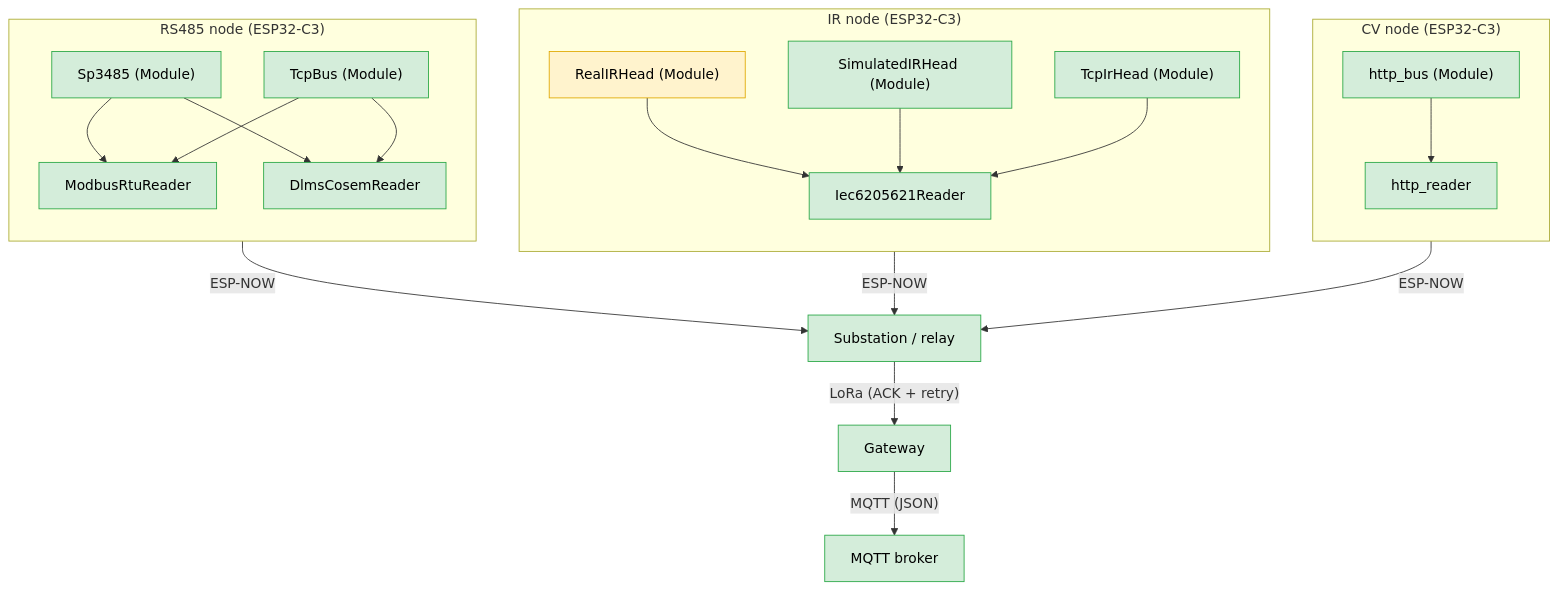
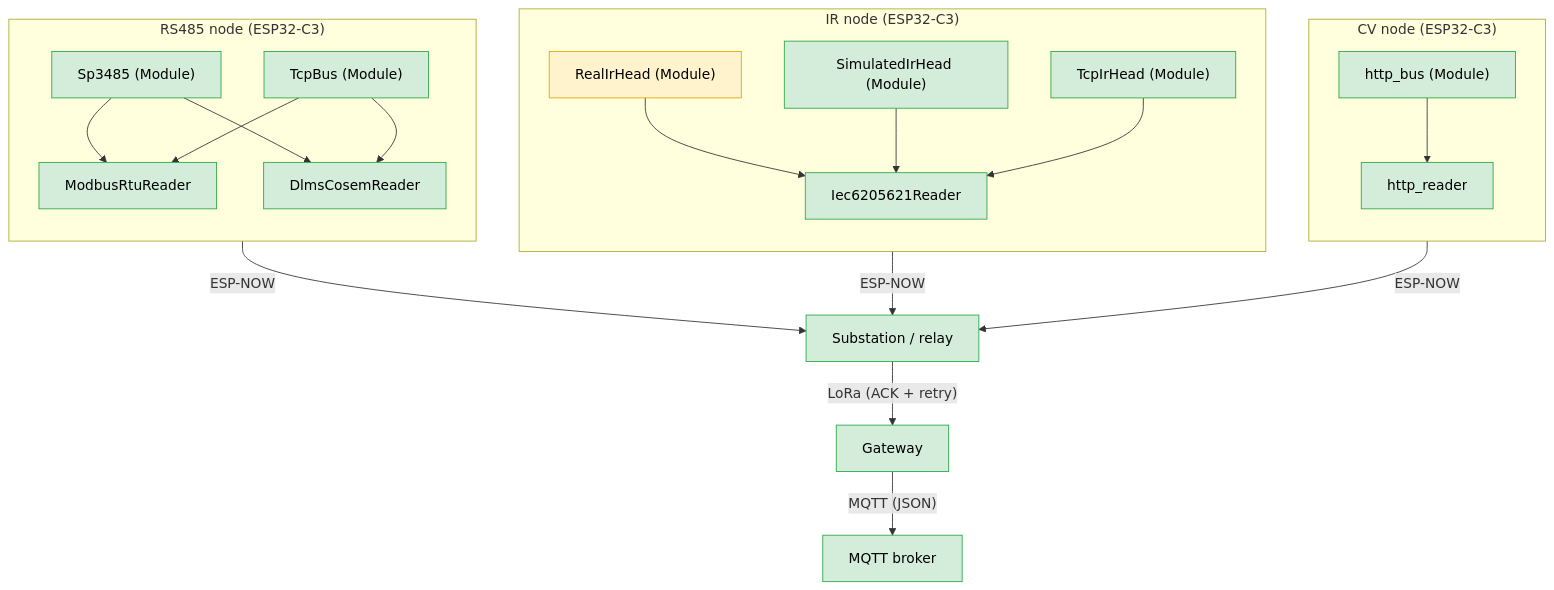
The diagram in README.md (foucault-dynamics/IoT-Firmware), drawn with Mermaid before and after one commit. The commit also changed 5 other files, not shown here.

````diff
--- a/README.md
+++ b/README.md
@@ -28,34 +28,34 @@
 ```mermaid
 flowchart TD
     subgraph rs485["RS485 node (ESP32-C3)"]
         direction TB
         A["Sp3485 (Module)"] --> R1["ModbusRtuReader"]
         B["TcpBus (Module)"] --> R1
         A --> R4["DlmsCosemReader"]
         B --> R4
     end
 
     subgraph ir["IR node (ESP32-C3)"]
         direction TB
-        C["RealIRHead (Module)"] --> R2["Iec6205621Reader"]
-        D["SimulatedIRHead (Module)"] --> R2
+        C["RealIrHead (Module)"] --> R2["Iec6205621Reader"]
+        D["SimulatedIrHead (Module)"] --> R2
         T["TcpIrHead (Module)"] --> R2
     end
 
     subgraph cv["CV node (ESP32-C3)"]
         direction TB
         E["http_bus (Module)"] --> R3["http_reader"]
     end
 
     rs485 -->|"ESP-NOW"| S["Substation / relay"]
     ir -->|"ESP-NOW"| S
     cv -->|"ESP-NOW"| S
     S -->|"LoRa (ACK + retry)"| G["Gateway"]
     G -->|"MQTT (JSON)"| M["MQTT broker"]
 
     classDef working fill:#d4edda,stroke:#28a745,color:#000
     classDef untested fill:#fff3cd,stroke:#e0a800,color:#000
 
     class A,B,R1,R4,D,T,R2,E,R3,S,G,M working
     class C untested
 ```
````
